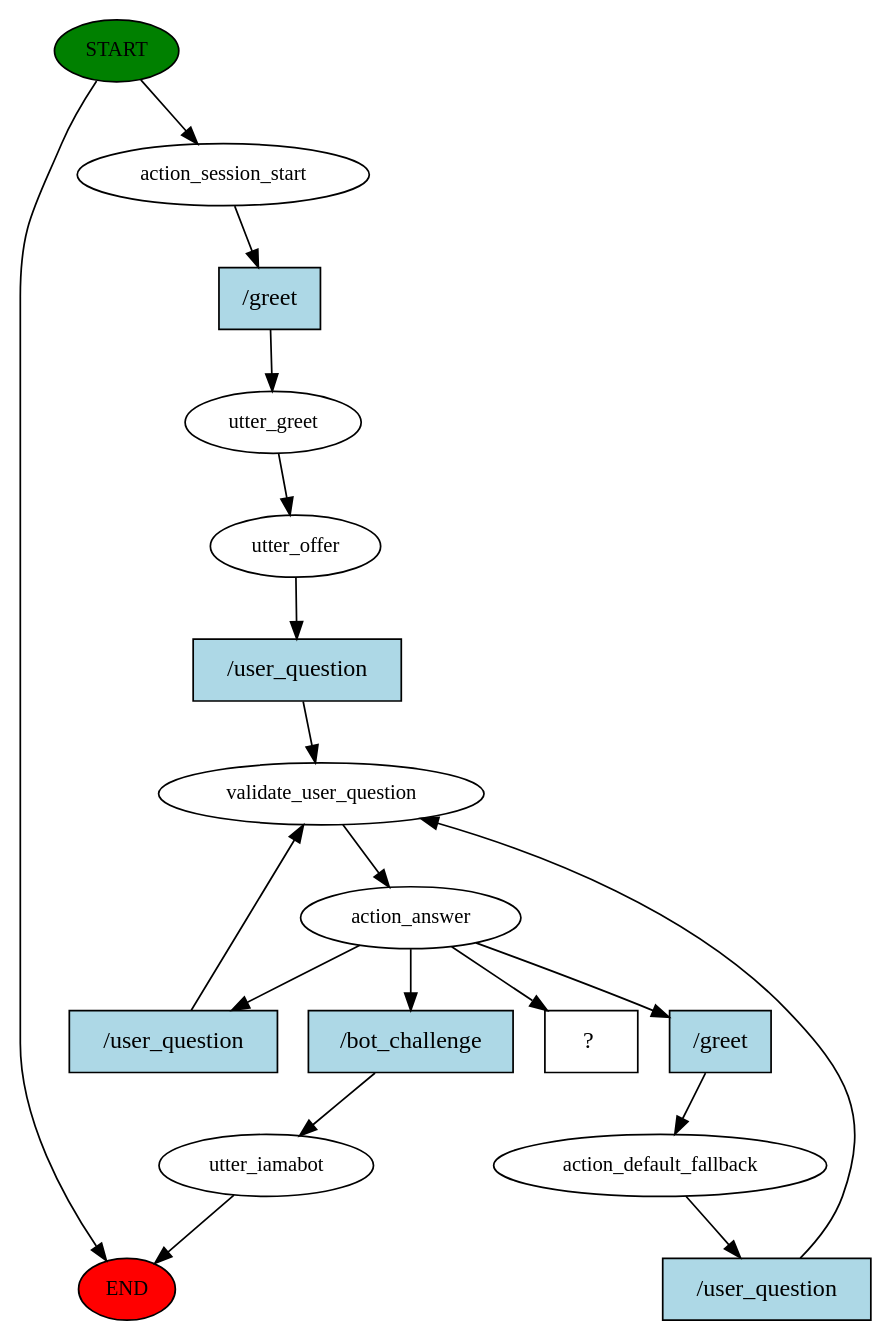
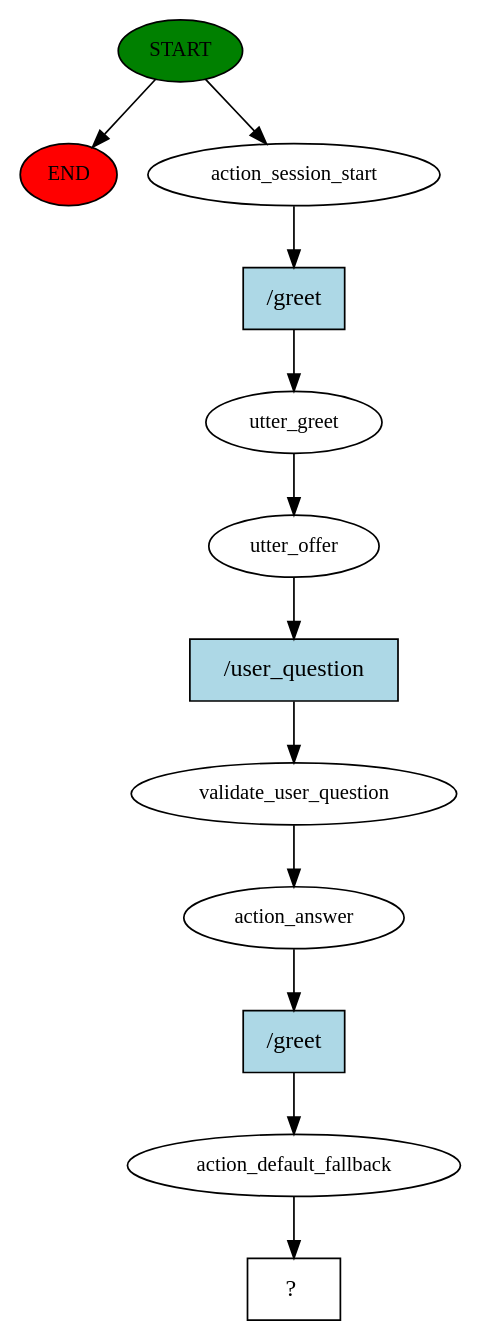
The diagram in story_graph.dot (salama4ai/Rasa-chatbot-), drawn with Graphviz before and after one commit. The commit also changed 66 other files, not shown here.

```diff
--- a/story_graph.dot
+++ b/story_graph.dot
@@ -1,36 +1,25 @@
 digraph  {
 0 [class="start active", fillcolor=green, fontsize=12, label=START, style=filled];
 "-1" [class=end, fillcolor=red, fontsize=12, label=END, style=filled];
 1 [class=active, fontsize=12, label=action_session_start];
 2 [class=active, fontsize=12, label=utter_greet];
 3 [class=active, fontsize=12, label=utter_offer];
 4 [class=active, fontsize=12, label=validate_user_question];
 5 [class=active, fontsize=12, label=action_answer];
 6 [class=active, fontsize=12, label=action_default_fallback];
-15 [class="", fontsize=12, label=utter_iamabot];
-30 [class="intent dashed active", label="  ?  ", shape=rect];
-31 [class="intent active", fillcolor=lightblue, label="/greet", shape=rect, style=filled];
-32 [class="intent active", fillcolor=lightblue, label="/user_question", shape=rect, style=filled];
-33 [class="intent active", fillcolor=lightblue, label="/greet", shape=rect, style=filled];
-34 [class="intent active", fillcolor=lightblue, label="/user_question", shape=rect, style=filled];
-35 [class=intent, fillcolor=lightblue, label="/bot_challenge", shape=rect, style=filled];
-36 [class="intent active", fillcolor=lightblue, label="/user_question", shape=rect, style=filled];
+7 [class="intent dashed active", label="  ?  ", shape=rect];
+8 [class="intent active", fillcolor=lightblue, label="/greet", shape=rect, style=filled];
+9 [class="intent active", fillcolor=lightblue, label="/user_question", shape=rect, style=filled];
+10 [class="intent active", fillcolor=lightblue, label="/greet", shape=rect, style=filled];
 0 -> "-1"  [class="", key=NONE, label=""];
 0 -> 1  [class=active, key=NONE, label=""];
-1 -> 31  [class=active, key=0];
+1 -> 8  [class=active, key=0];
 2 -> 3  [class=active, key=NONE, label=""];
-3 -> 32  [class=active, key=0];
+3 -> 9  [class=active, key=0];
 4 -> 5  [class=active, key=NONE, label=""];
-5 -> 30  [class=active, key=NONE, label=""];
-5 -> 33  [class=active, key=0];
-5 -> 34  [class=active, key=0];
-5 -> 35  [class="", key=0];
-6 -> 36  [class=active, key=0];
-15 -> "-1"  [class="", key=NONE, label=""];
-31 -> 2  [class=active, key=0];
-32 -> 4  [class=active, key=0];
-33 -> 6  [class=active, key=0];
-34 -> 4  [class=active, key=0];
-35 -> 15  [class="", key=0];
-36 -> 4  [class=active, key=0];
+5 -> 10  [class=active, key=0];
+6 -> 7  [class=active, key=NONE, label=""];
+8 -> 2  [class=active, key=0];
+9 -> 4  [class=active, key=0];
+10 -> 6  [class=active, key=0];
 }
```
